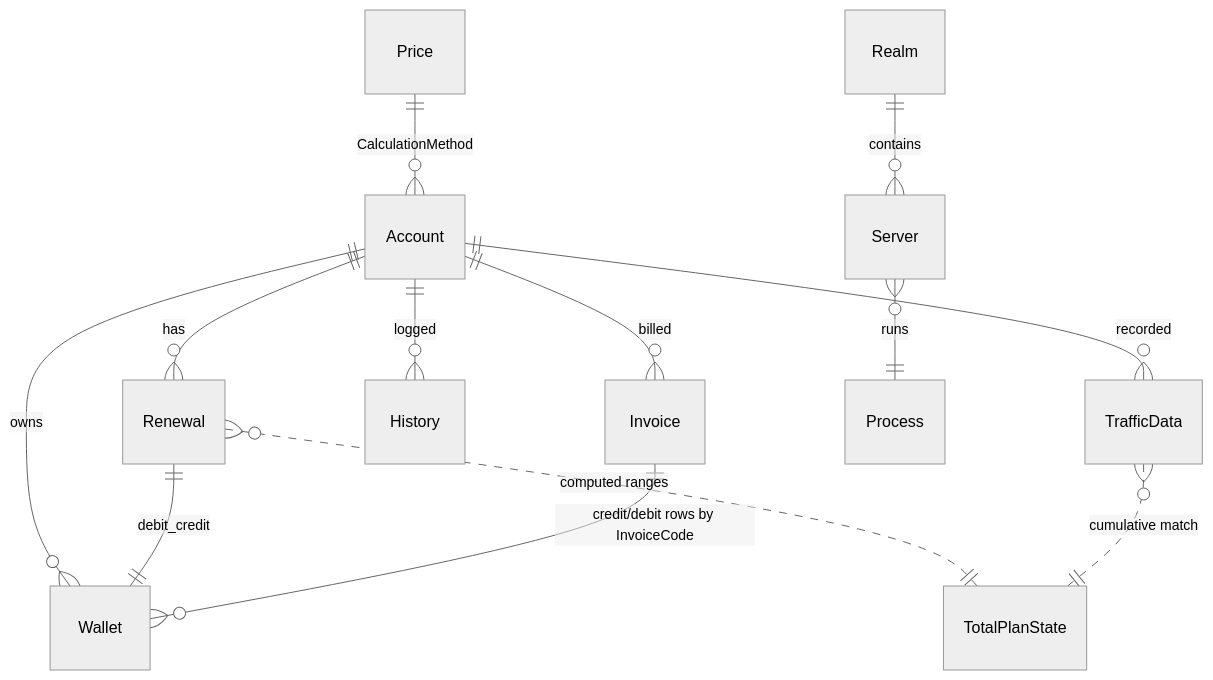
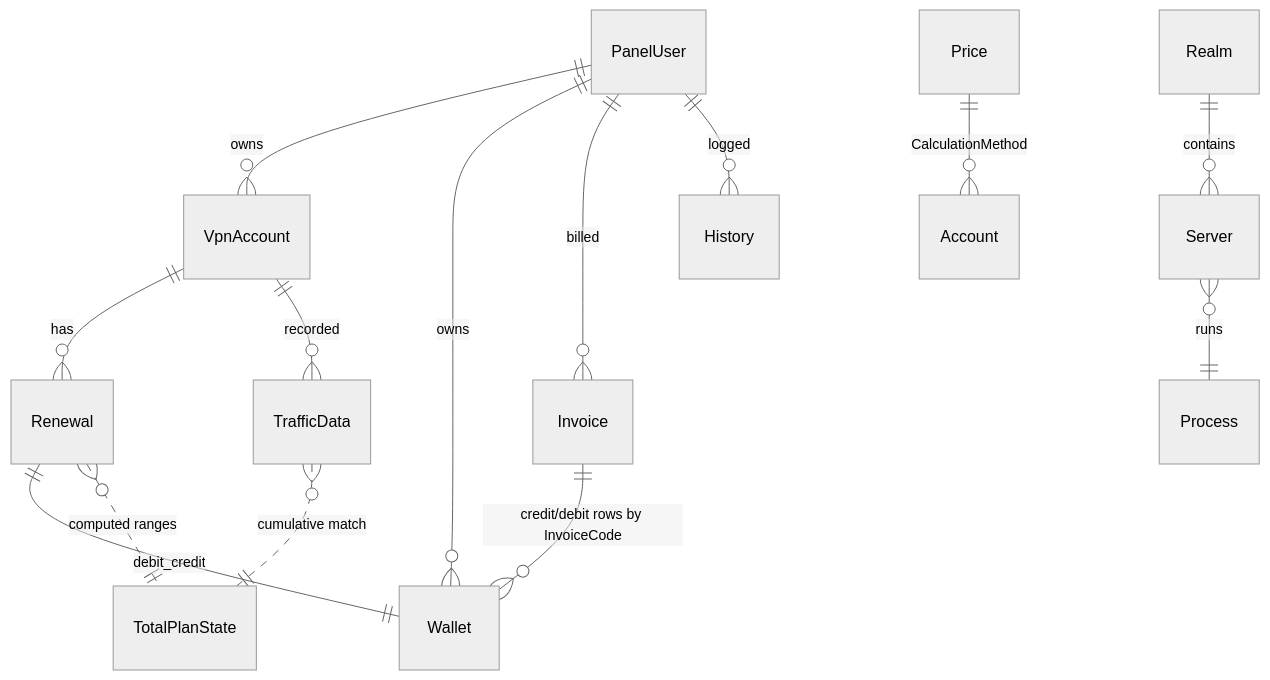
One commit to h-nargesi/Photon-Bypass changed the second of 2 diagrams in docs/09-database.md. Above: the diagram before and after it, drawn with Mermaid (neutral theme). The commit also changed other lines of this file and 201 other files, not shown here.

````diff
--- a/docs/09-database.md
+++ b/docs/09-database.md
@@ -73,15 +74,16 @@
 ```mermaid
 erDiagram
-    Account ||--o{ Renewal : has
-    Account ||--o{ Wallet : owns
-    Account ||--o{ Invoice : billed
-    Account ||--o{ History : logged
-    Account ||--o{ TrafficData : recorded
+    PanelUser ||--o{ VpnAccount : owns
+    VpnAccount ||--o{ Renewal : has
+    PanelUser ||--o{ Wallet : owns
+    PanelUser ||--o{ Invoice : billed
+    PanelUser ||--o{ History : logged
+    VpnAccount ||--o{ TrafficData : recorded
     Renewal ||--|| Wallet : debit_credit
     Invoice ||--o{ Wallet : "credit/debit rows by InvoiceCode"
     Realm ||--o{ Server : contains
     Server }o--|| Process : runs
     Price ||--o{ Account : "CalculationMethod"
     Renewal }o..|| TotalPlanState : "computed ranges"
     TrafficData }o..|| TotalPlanState : "cumulative match"
 ```
````
